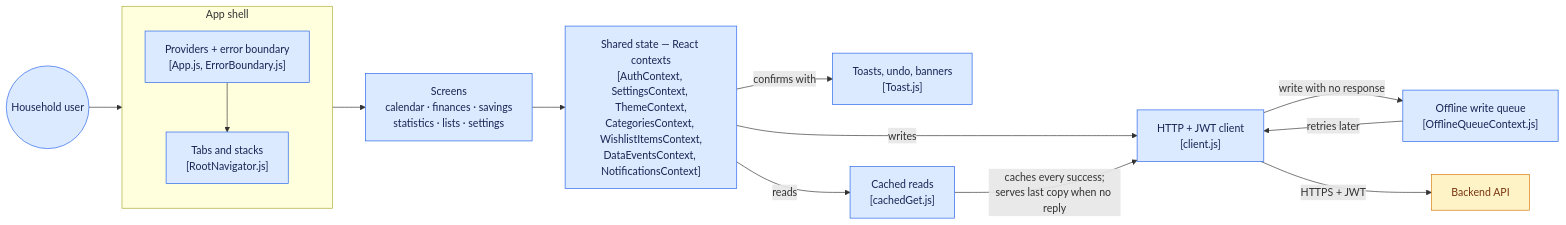
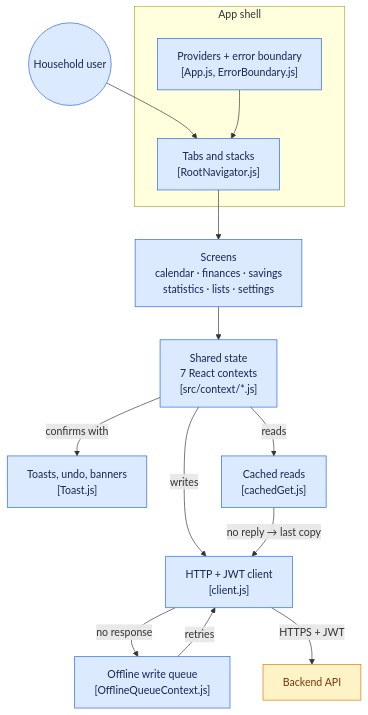
One commit to vladadev/expense-activity-tracker changed the second of 3 diagrams in docs/ARCHITECTURE.md. Above: the diagram before and after it, drawn with Mermaid. The commit also changed other lines of this file, not shown here.

Commit message:
Turn the app diagram downward and take the wall of text out of it
It was the one that still rendered as a band. The path from a screen to
the server is a chain, and a left-to-right chain grows sideways until it
runs off the page.

Two things made it worse. The seven contexts were listed inside a single
node, so one box carried seven file names and set the height of the
whole row; they read better as a sentence underneath, where each one can
say what it is for. And the edge label explaining the cache rule was long
enough to render as a grey slab in the middle of the picture — a
sentence has no business being a label.

````diff
--- a/docs/ARCHITECTURE.md
+++ b/docs/ARCHITECTURE.md
@@ -37,29 +37,25 @@
 ```mermaid
-flowchart LR
+flowchart TD
   user(("Household user")) --> nav
 
   subgraph shell["App shell"]
-    direction TB
-    providers["Providers + error boundary<br/>[App.js, ErrorBoundary.js]"]
-    nav["Tabs and stacks<br/>[RootNavigator.js]"]
-    providers --> nav
+    providers["Providers + error boundary<br/>[App.js, ErrorBoundary.js]"] --> nav["Tabs and stacks<br/>[RootNavigator.js]"]
   end
 
   nav --> screens["Screens<br/>calendar · finances · savings<br/>statistics · lists · settings"]
+  screens --> state["Shared state<br/>7 React contexts<br/>[src/context/*.js]"]
 
-  screens --> state["Shared state — React contexts<br/>[AuthContext, SettingsContext, ThemeContext,<br/>CategoriesContext, WishlistItemsContext,<br/>DataEventsContext, NotificationsContext]"]
   state -->|"confirms with"| toast["Toasts, undo, banners<br/>[Toast.js]"]
-
   state -->|"reads"| reads["Cached reads<br/>[cachedGet.js]"]
   state -->|"writes"| client["HTTP + JWT client<br/>[client.js]"]
 
-  reads -->|"caches every success;<br/>serves last copy when no reply"| client
-  client -->|"write with no response"| queue["Offline write queue<br/>[OfflineQueueContext.js]"]
-  queue -->|"retries later"| client
+  reads -->|"no reply → last copy"| client
+  client -->|"no response"| queue["Offline write queue<br/>[OfflineQueueContext.js]"]
+  queue -->|"retries"| client
   client -->|"HTTPS + JWT"| api["Backend API"]
 
   classDef blue fill:#dbeafe,stroke:#2563eb,color:#172554
   classDef amber fill:#fef3c7,stroke:#d97706,color:#78350f
   class user,providers,nav,screens,state,toast,reads,client,queue blue
   class api amber
 ```
````
